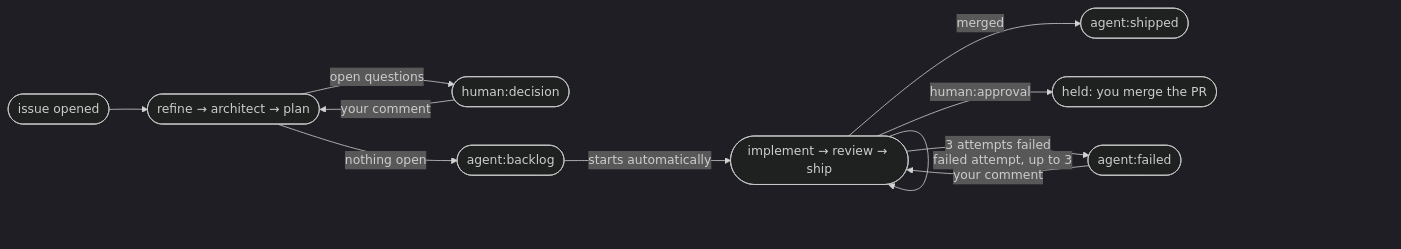
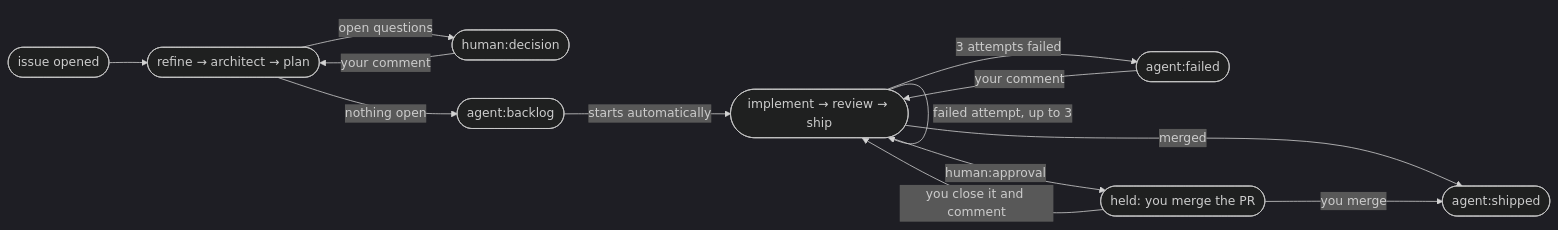
The diagram in README.md (architecture-that-works/agentic-sdlc), drawn with Mermaid (dark theme) before and after one commit. The commit also changed other lines of this file and 36 other files, not shown here.

````diff
--- a/README.md
+++ b/README.md
@@ -59,13 +59,15 @@
 ```mermaid
 flowchart LR
     N([issue opened]) --> R([refine → architect → plan])
     R -- open questions --> D([human:decision])
     D -- your comment --> R
     R -- nothing open --> B([agent:backlog])
     B -- starts automatically --> I([implement → review → ship])
     I -- failed attempt, up to 3 --> I
     I -- merged --> S([agent:shipped])
     I -- human:approval --> H([held: you merge the PR])
+    H -- you merge --> S
+    H -- you close it and comment --> I
     I -- 3 attempts failed --> F([agent:failed])
     F -- your comment --> I
 ```
````
